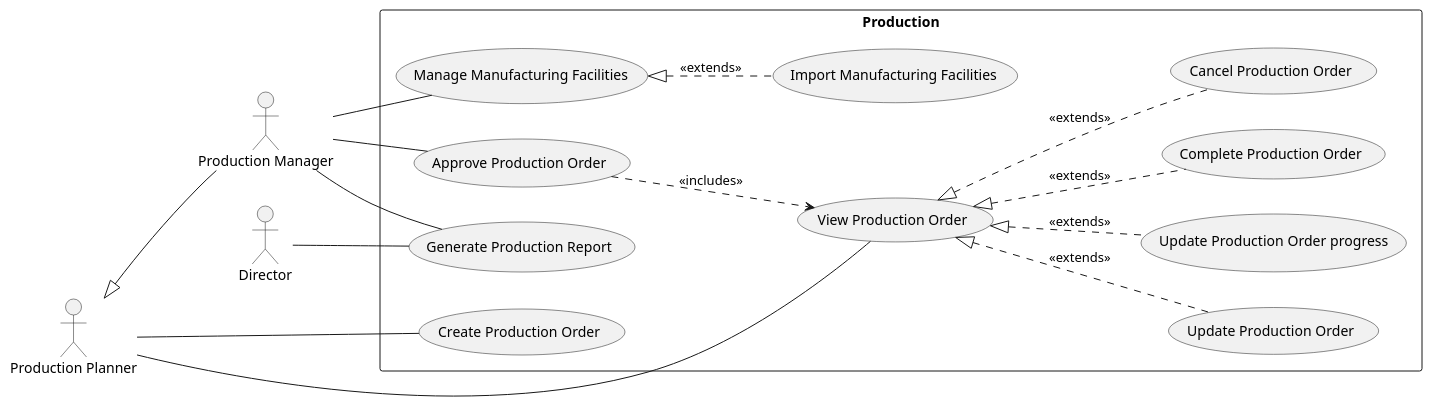
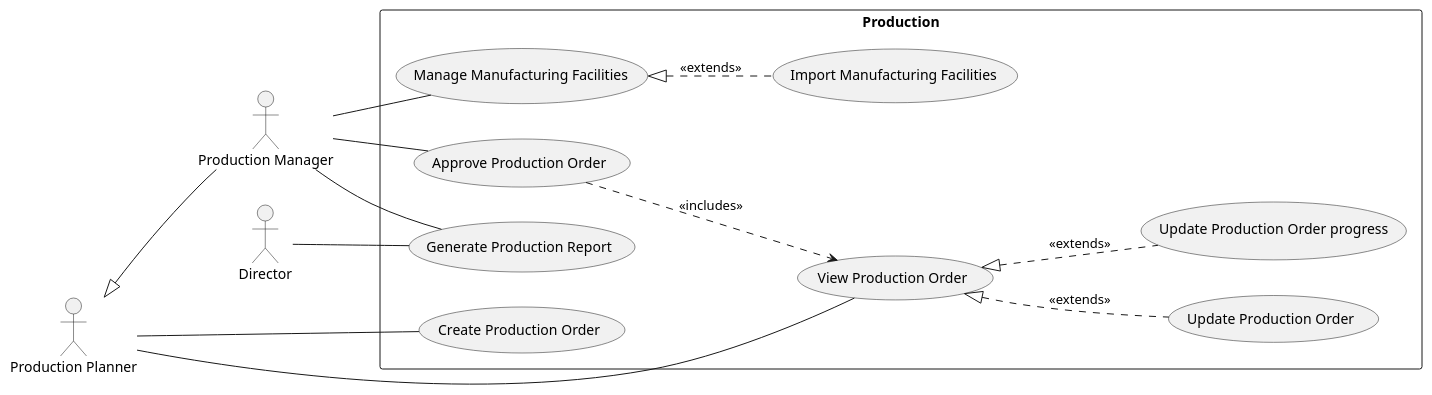
Before and after one commit to phihungha/scmss-reqs: the diagram in use-cases/Production.plantuml, drawn with PlantUML. The commit also changed 19 other files, not shown here.

```diff
--- a/use-cases/Production.plantuml
+++ b/use-cases/Production.plantuml
@@ -1,26 +1,24 @@
 @startuml production
 left to right direction
 
 :Production Planner: as pp
 :Production Manager: as pm
 pp <|-- pm
 
 :Director: as d
 
 rectangle Production {
   pp -- (View Production Order)
   pp -- (Create Production Order)
   (View Production Order) <|.. (Update Production Order) : <<extends>>
   (View Production Order) <|.. (Update Production Order progress) : <<extends>>
-  (View Production Order) <|.. (Complete Production Order) : <<extends>>
-  (View Production Order) <|.. (Cancel Production Order) : <<extends>>
 
   pm -- (Approve Production Order)
   (Approve Production Order) ..> (View Production Order) : <<includes>>
 
   pm -- (Manage Manufacturing Facilities)
   (Manage Manufacturing Facilities) <|.. (Import Manufacturing Facilities) : <<extends>>
   pm -- (Generate Production Report)
   d -- (Generate Production Report)
 }
 @enduml
```
